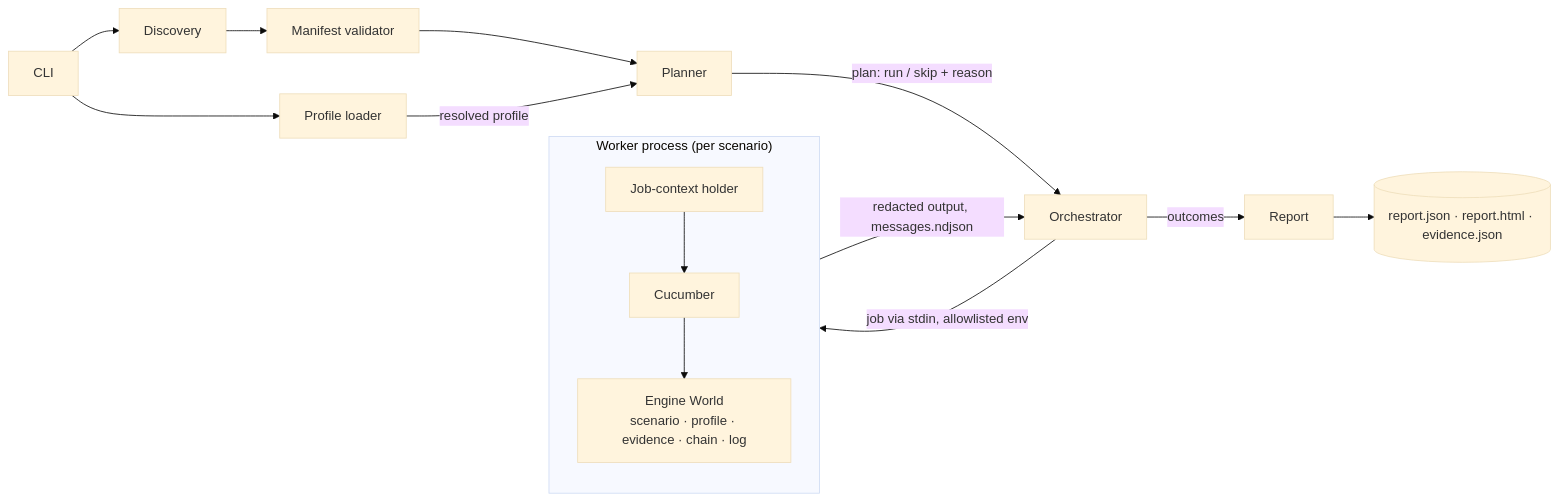
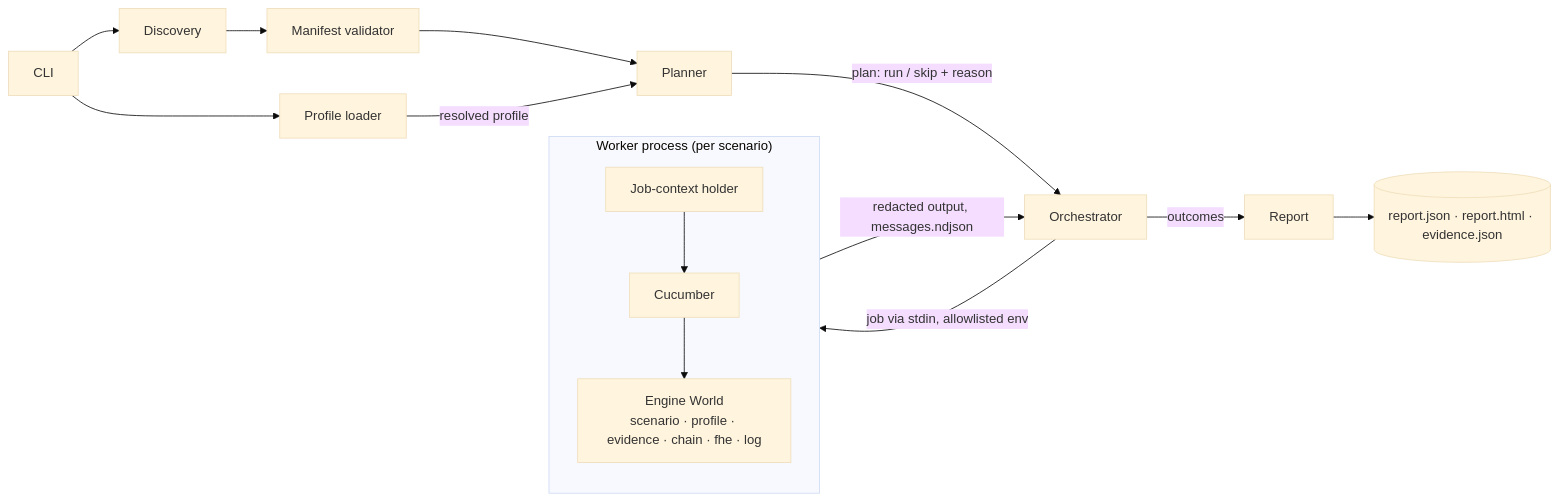
Before and after one commit to zama-ai/fhevm: the diagram in test-suite/test-engine/README.md, drawn with Mermaid (base theme). The commit also changed other lines of this file and 9 other files, not shown here.

````diff
--- a/test-suite/test-engine/README.md
+++ b/test-suite/test-engine/README.md
@@ -441,16 +493,16 @@
 ```mermaid
 flowchart LR
     CLI --> Discovery --> Validator["Manifest validator"]
     CLI --> Profiles["Profile loader"]
     Validator --> Planner
     Profiles -->|"resolved profile"| Planner
     Planner -->|"plan: run / skip + reason"| Orchestrator
     Orchestrator -->|"job via stdin, allowlisted env"| Worker
     subgraph Worker["Worker process (per scenario)"]
         JobContext["Job-context holder"] --> Cucumber
-        Cucumber --> World["Engine World<br/>scenario · profile · evidence · chain · log"]
+        Cucumber --> World["Engine World<br/>scenario · profile · evidence · chain · fhe · log"]
     end
     Worker -->|"redacted output, messages.ndjson"| Orchestrator
     Orchestrator -->|"outcomes"| Report
     Report --> Outputs[("report.json · report.html · evidence.json")]
 ```
````
